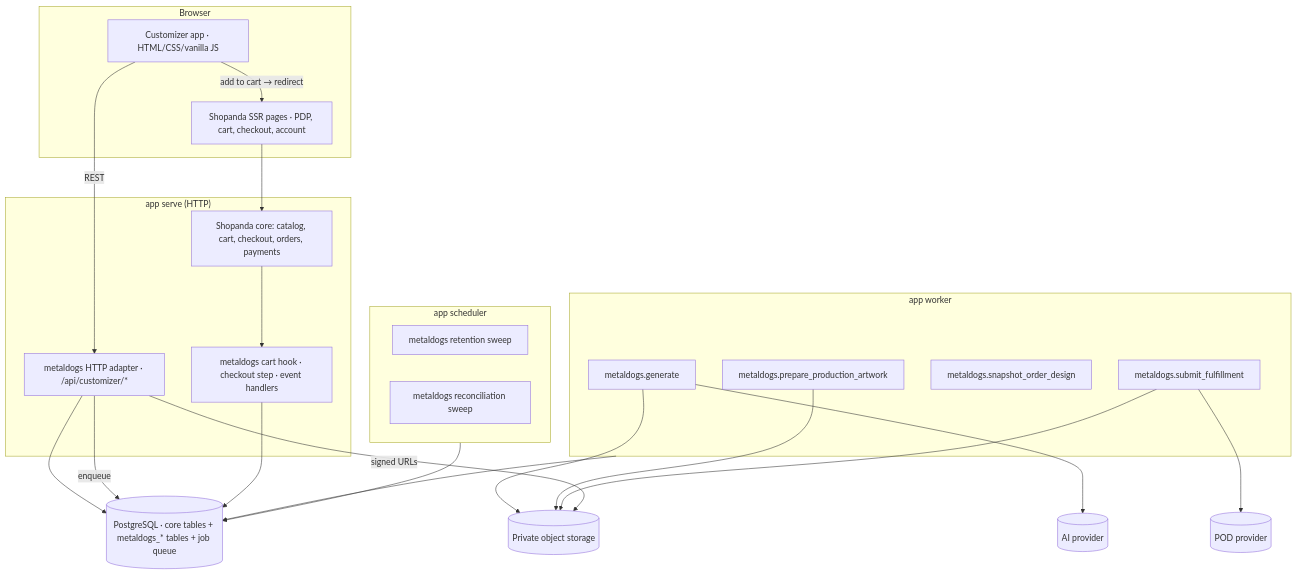
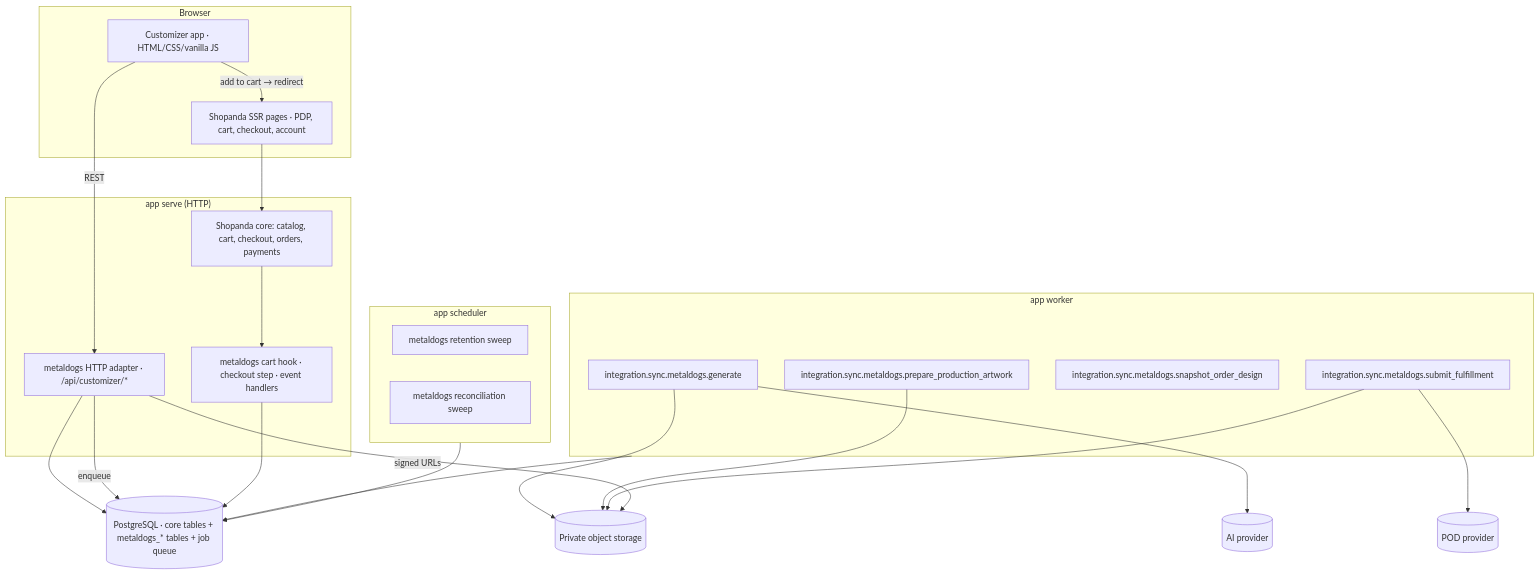
Before and after one commit to akarso/metal_dogs: the second of 4 diagrams in docs/architecture/overview.md, drawn with Mermaid. The commit also changed other lines of this file and 29 other files, not shown here.

````diff
--- a/docs/architecture/overview.md
+++ b/docs/architecture/overview.md
@@ -37,46 +37,46 @@
 ```mermaid
 flowchart TB
     subgraph browser[Browser]
         cust[Customizer app · HTML/CSS/vanilla JS]
         ssr[Shopanda SSR pages · PDP, cart, checkout, account]
     end
 
     subgraph serve["app serve (HTTP)"]
         core[Shopanda core: catalog, cart, checkout, orders, payments]
         mdhttp[metaldogs HTTP adapter · /api/customizer/*]
         hooks[metaldogs cart hook · checkout step · event handlers]
     end
 
     subgraph worker["app worker"]
-        gen[metaldogs.generate]
-        prod[metaldogs.prepare_production_artwork]
-        snap[metaldogs.snapshot_order_design]
-        ful[metaldogs.submit_fulfillment]
+        gen[integration.sync.metaldogs.generate]
+        prod[integration.sync.metaldogs.prepare_production_artwork]
+        snap[integration.sync.metaldogs.snapshot_order_design]
+        ful[integration.sync.metaldogs.submit_fulfillment]
     end
 
     subgraph scheduler["app scheduler"]
         ret[metaldogs retention sweep]
         rec[metaldogs reconciliation sweep]
     end
 
     pg[(PostgreSQL · core tables + metaldogs_* tables + job queue)]
     s3[(Private object storage)]
     ai[(AI provider)]
     pod[(POD provider)]
 
     cust -- REST --> mdhttp
     cust -- "add to cart → redirect" --> ssr
     ssr --> core
     mdhttp --> pg
     mdhttp -- enqueue --> pg
     core --> hooks
     hooks --> pg
     worker --> pg
     scheduler --> pg
     gen --> ai
     gen --> s3
     prod --> s3
     ful --> pod
     ful --> s3
     mdhttp -- signed URLs --> s3
 ```
````
